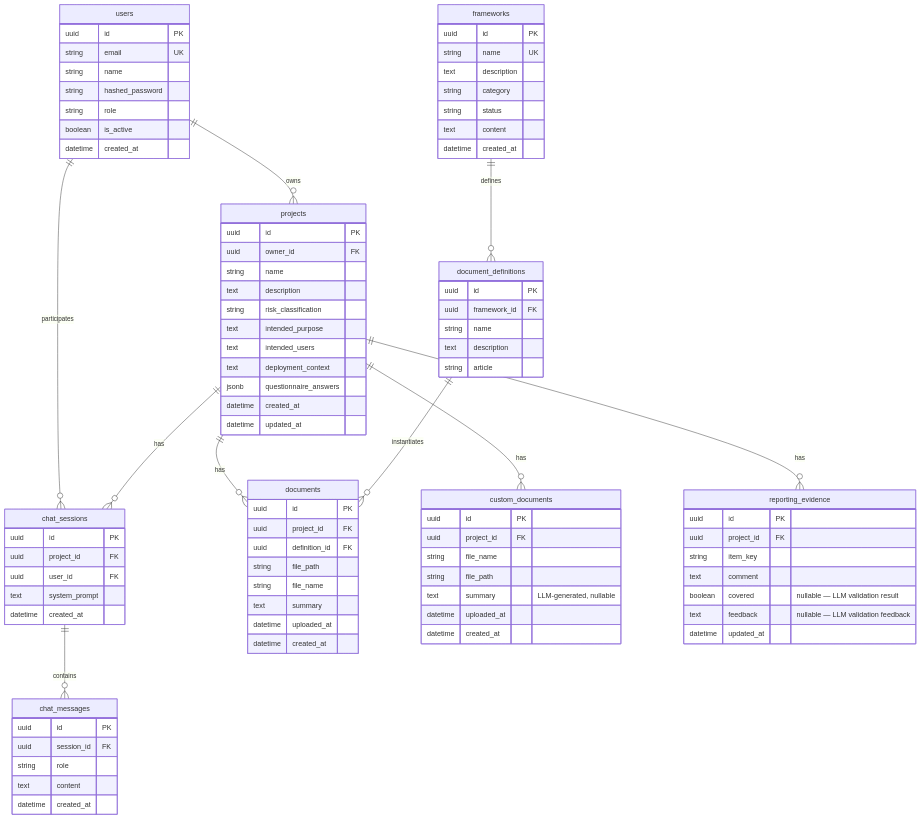
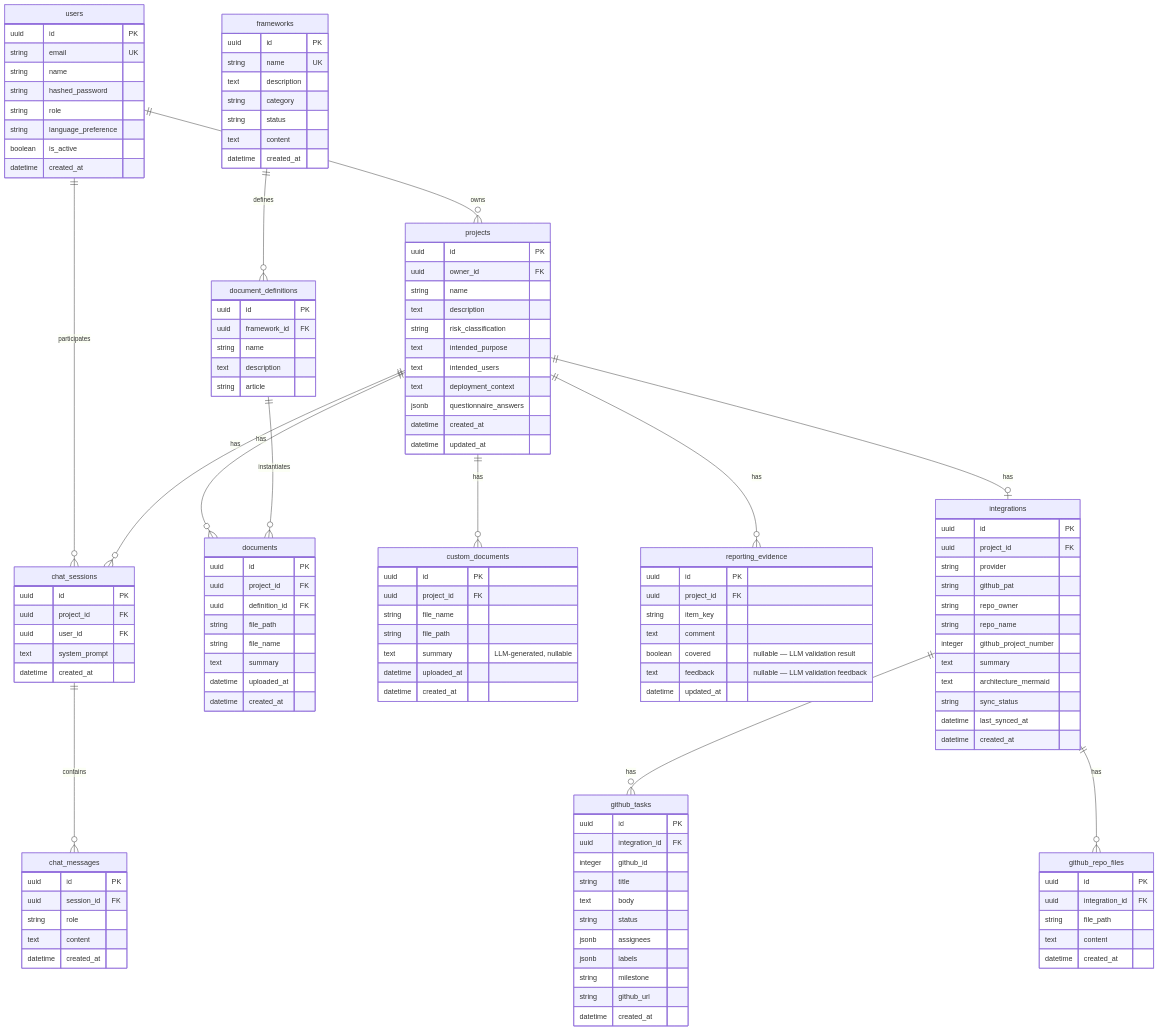
The second of 7 diagrams in docs/architecture.md (airbus/norma), drawn with Mermaid before and after one commit. The commit also changed other lines of this file and 11 other files, not shown here.

````diff
--- a/docs/architecture.md
+++ b/docs/architecture.md
@@ -95,6 +107,9 @@
     projects ||--o{ custom_documents : has
     projects ||--o{ reporting_evidence : has
     projects ||--o{ chat_sessions : has
+    projects ||--o| integrations : has
+    integrations ||--o{ github_tasks : has
+    integrations ||--o{ github_repo_files : has
     frameworks ||--o{ document_definitions : defines
     document_definitions ||--o{ documents : instantiates
     chat_sessions ||--o{ chat_messages : contains
@@ -105,6 +120,7 @@
         string name
         string hashed_password
         string role
+        string language_preference
         boolean is_active
         datetime created_at
     }
@@ -187,4 +203,41 @@
         text content
         datetime created_at
     }
+
+    integrations {
+        uuid id PK
+        uuid project_id FK
+        string provider
+        string github_pat
+        string repo_owner
+        string repo_name
+        integer github_project_number
+        text summary
+        text architecture_mermaid
+        string sync_status
+        datetime last_synced_at
+        datetime created_at
+    }
+
+    github_tasks {
+        uuid id PK
+        uuid integration_id FK
+        integer github_id
+        string title
+        text body
+        string status
+        jsonb assignees
+        jsonb labels
+        string milestone
+        string github_url
+        datetime created_at
+    }
+
+    github_repo_files {
+        uuid id PK
+        uuid integration_id FK
+        string file_path
+        text content
+        datetime created_at
+    }
 ```
````
